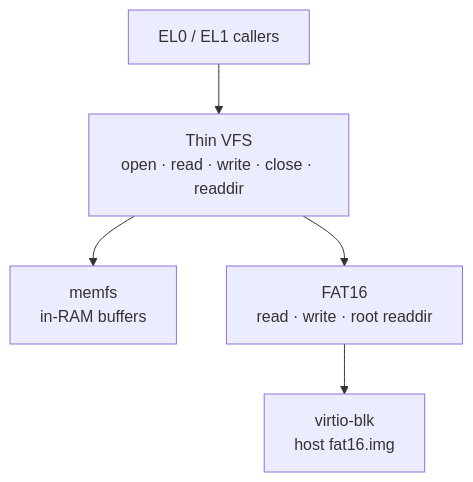
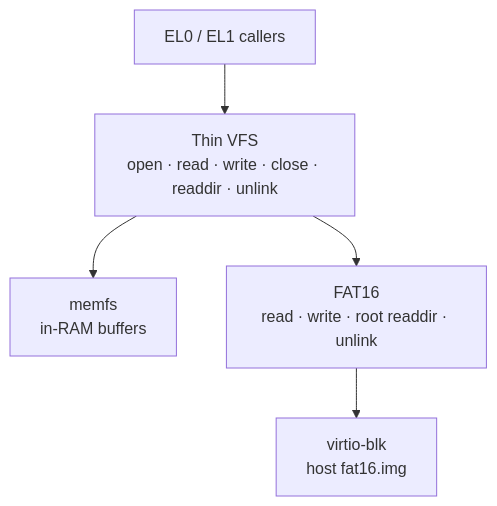
One commit to artofdream/ctos changed the first of 2 diagrams in docs/overview/filesystem.md. Above: the diagram before and after it, drawn with Mermaid. The commit also changed other lines of this file and 14 other files, not shown here.

First line of the commit message:
feat: FAT16 root delete behind thin VFS (ADR-057)

````diff
--- a/docs/overview/filesystem.md
+++ b/docs/overview/filesystem.md
@@ -7,7 +7,7 @@
 ```mermaid
 flowchart TD
-  CALL["EL0 / EL1 callers"] --> VFS["Thin VFS<br/>open · read · write · close · readdir"]
+  CALL["EL0 / EL1 callers"] --> VFS["Thin VFS<br/>open · read · write · close · readdir · unlink"]
   VFS --> MEM["memfs<br/>in-RAM buffers"]
-  VFS --> FAT["FAT16<br/>read · write · root readdir"]
+  VFS --> FAT["FAT16<br/>read · write · root readdir · unlink"]
   FAT --> BLK["virtio-blk<br/>host fat16.img"]
 ```
````
